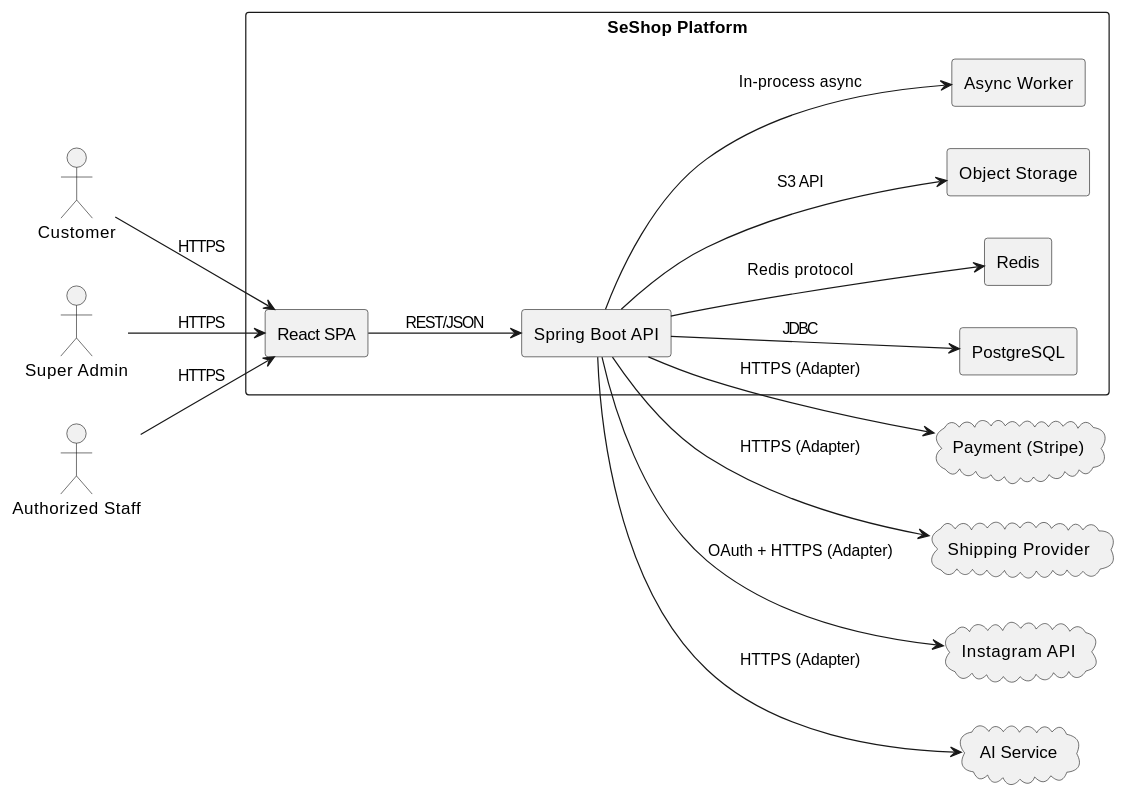
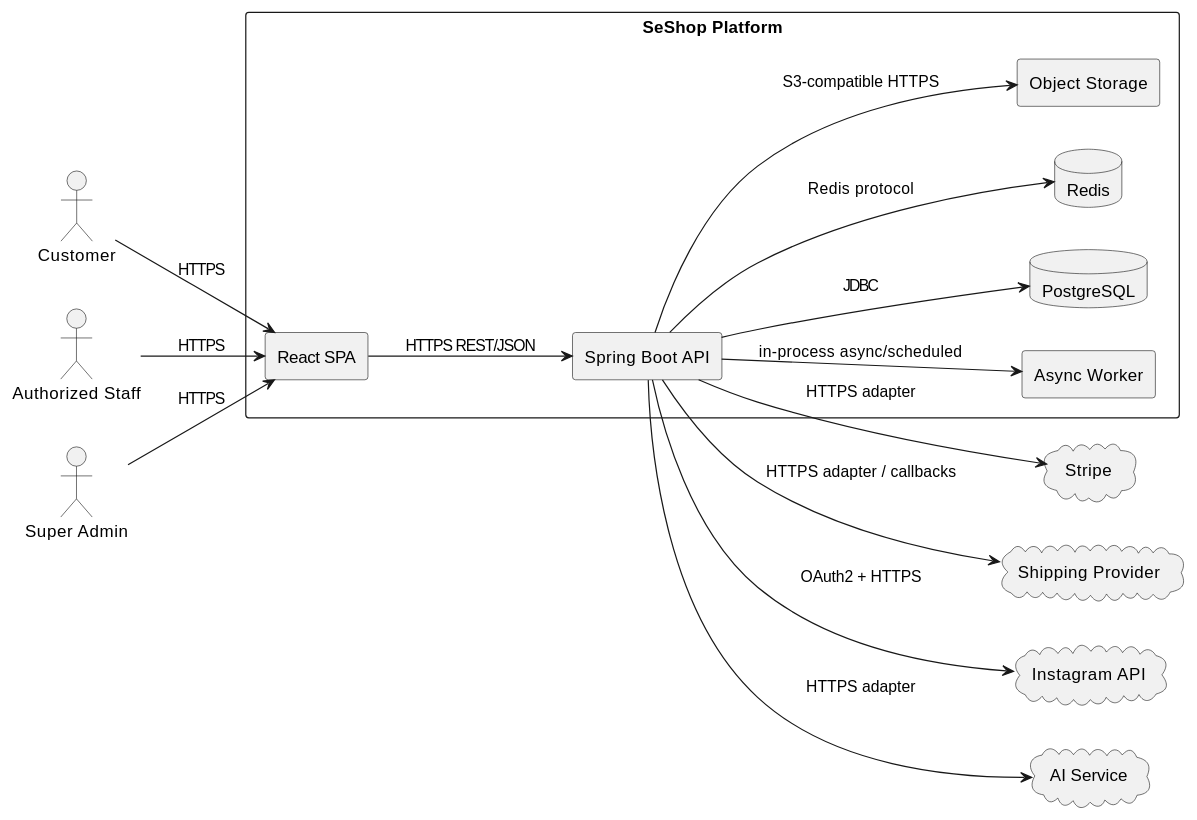
The second of 6 diagrams in docs/3.Design/SESHOP SAD.md (dieuxuanhien/SeShop), drawn with PlantUML before and after one commit. The commit also changed other lines of this file and 64 other files, not shown here.

````diff
--- a/docs/3.Design/SESHOP SAD.md
+++ b/docs/3.Design/SESHOP SAD.md
@@ -236,37 +515,37 @@
 ```plantuml
 @startuml
 left to right direction
 skinparam componentStyle rectangle
 
 actor Customer
+actor "Authorized Staff" as Staff
 actor "Super Admin" as Admin
-actor "Authorized Staff" as Staff
 
 rectangle "SeShop Platform" {
   [React SPA] as FE
-  [Spring Boot API] as BE
-  [PostgreSQL] as DB
-  [Redis] as Cache
-  [Object Storage] as Store
+  [Spring Boot API] as API
   [Async Worker] as Worker
+  database "PostgreSQL" as DB
+  database "Redis" as Cache
+  [Object Storage] as Storage
 }
 
-cloud "Payment (Stripe)" as PG
-cloud "Shipping Provider" as SP
-cloud "Instagram API" as IG
+cloud "Stripe" as Stripe
+cloud "Shipping Provider" as Shipping
+cloud "Instagram API" as Instagram
 cloud "AI Service" as AI
 
 Customer --> FE : HTTPS
+Staff --> FE : HTTPS
 Admin --> FE : HTTPS
-Staff --> FE : HTTPS
-FE --> BE : REST/JSON
-BE --> DB : JDBC
-BE --> Cache : Redis protocol
-BE --> Store : S3 API
-BE --> Worker : In-process async
-BE --> PG : HTTPS (Adapter)
-BE --> SP : HTTPS (Adapter)
-BE --> IG : OAuth + HTTPS (Adapter)
-BE --> AI : HTTPS (Adapter)
+FE --> API : HTTPS REST/JSON
+API --> DB : JDBC
+API --> Cache : Redis protocol
+API --> Storage : S3-compatible HTTPS
+API --> Worker : in-process async/scheduled
+API --> Stripe : HTTPS adapter
+API --> Shipping : HTTPS adapter / callbacks
+API --> Instagram : OAuth2 + HTTPS
+API --> AI : HTTPS adapter
 @enduml
 ```
````
